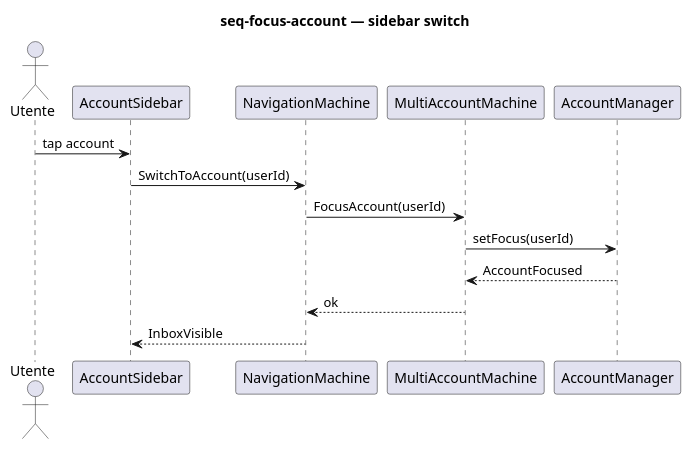
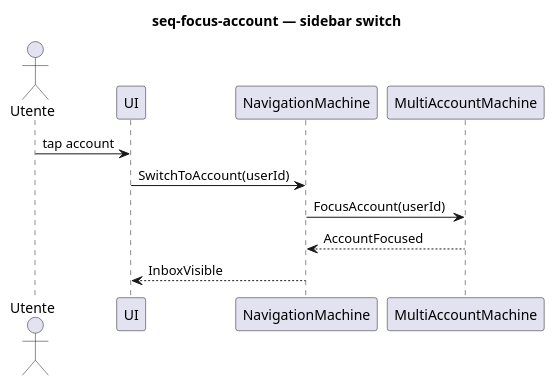
One commit to alfred-im/XmppTest changed the diagram in docs/model/uml/navigation/seq-focus-account.puml. Above: the diagram before and after it, drawn with PlantUML. The commit also changed 48 other files, not shown here.

```diff
--- a/docs/model/uml/navigation/seq-focus-account.puml
+++ b/docs/model/uml/navigation/seq-focus-account.puml
@@ -1,21 +1,20 @@
 @startuml seq-focus-account
+' Context: navigation
+' Profile: client
 ' Command: FocusAccount / SwitchToAccount
-' Revision: 2026-07-18
+' Revision: 2026-07-19
 
 title seq-focus-account — sidebar switch
 
 actor Utente
-participant "AccountSidebar" as UI
+participant "UI" as UI
 participant "NavigationMachine" as Nav
-participant "MultiAccountMachine" as MA
-participant "AccountManager" as AM
+participant "MultiAccountMachine" as MAM
 
 Utente -> UI : tap account
 UI -> Nav : SwitchToAccount(userId)
-Nav -> MA : FocusAccount(userId)
-MA -> AM : setFocus(userId)
-AM --> MA : AccountFocused
-MA --> Nav : ok
+Nav -> MAM : FocusAccount(userId)
+MAM --> Nav : AccountFocused
 Nav --> UI : InboxVisible
 
 @enduml
```
